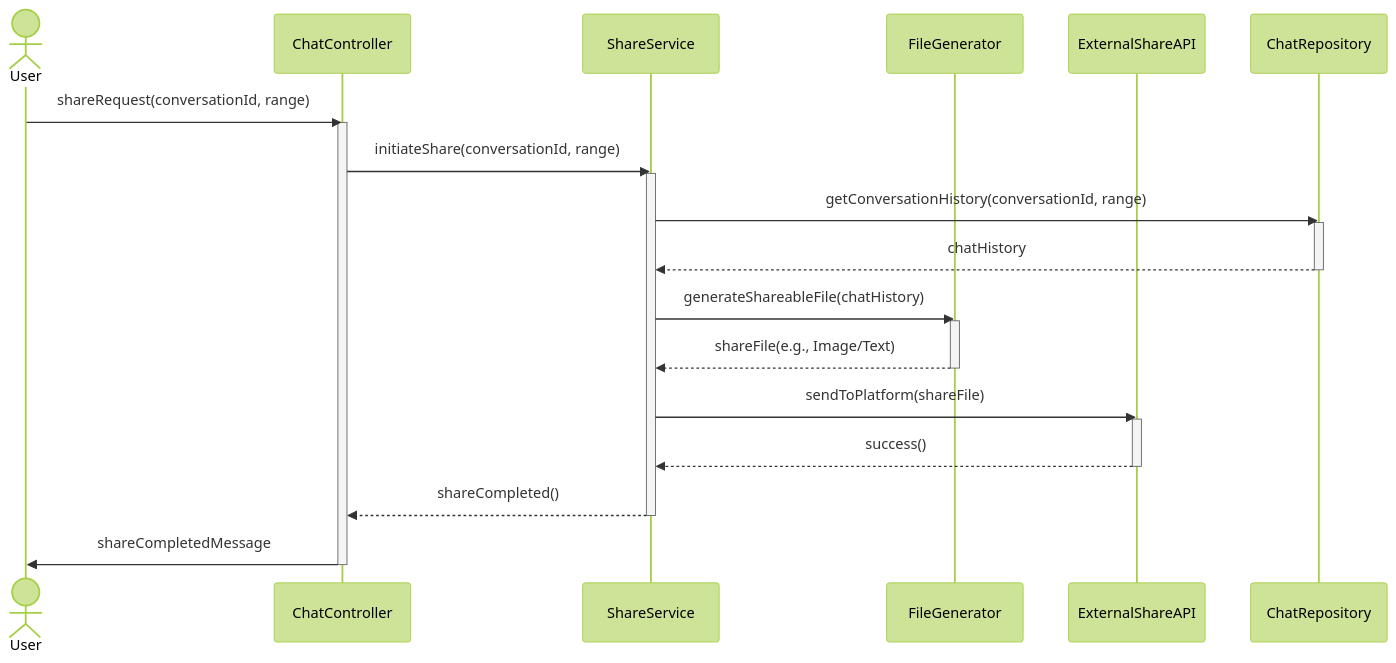
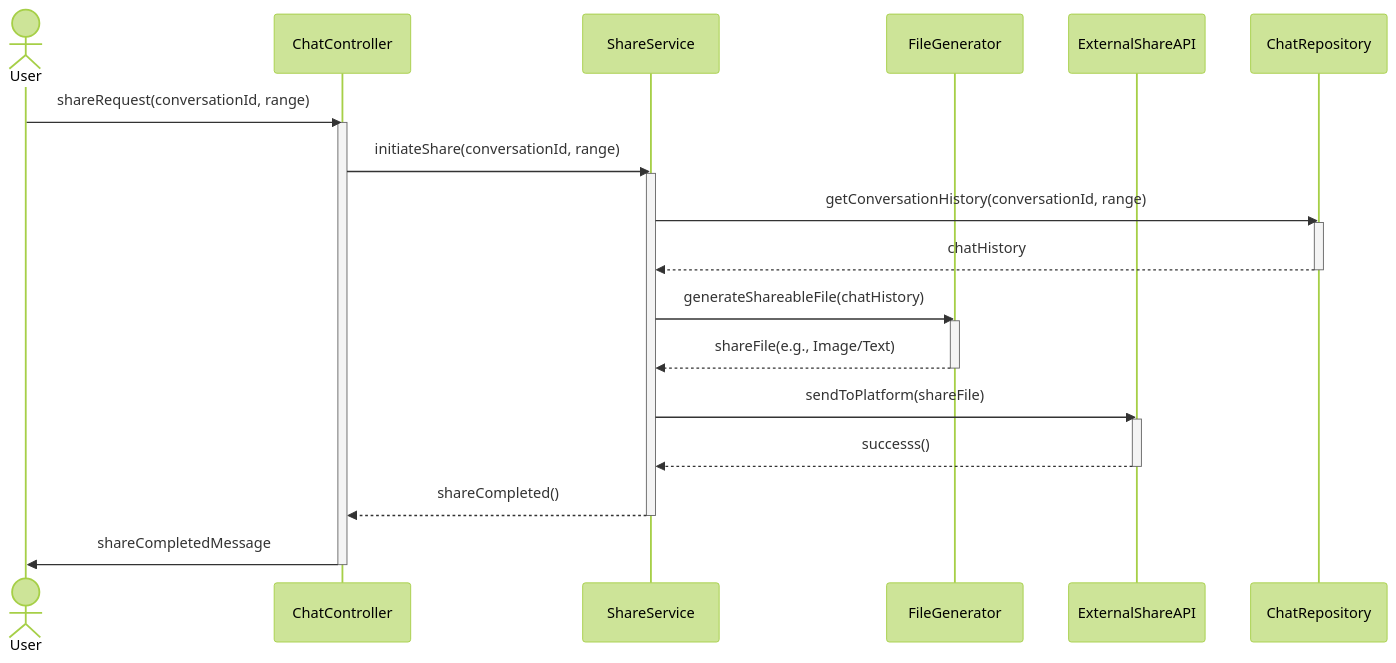
Diagram 21 of 29 in 문서/SDS/SDS_[Alphabot]_4_SequenceDiagram.md (YoungMin33/AlphaBot), drawn with Mermaid (forest theme) before and after one commit.

Commit message:
SDS Sequence 문서 4번 update

````diff
--- a/문서/SDS/SDS_[Alphabot]_4_SequenceDiagram.md
+++ b/문서/SDS/SDS_[Alphabot]_4_SequenceDiagram.md
@@ -833,36 +833,37 @@
 ```mermaid
 sequenceDiagram
     actor User
     participant ChatController
     participant ShareService
     participant FileGenerator
     participant ExternalShareAPI
     participant ChatRepository
     
     User->>ChatController: shareRequest(conversationId, range)
     activate ChatController
     
     ChatController->>ShareService: initiateShare(conversationId, range)
     activate ShareService
     
     ShareService->>ChatRepository: getConversationHistory(conversationId, range)
     activate ChatRepository
     ChatRepository-->>ShareService: chatHistory
     deactivate ChatRepository
     
     ShareService->>FileGenerator: generateShareableFile(chatHistory)
     activate FileGenerator
     FileGenerator-->>ShareService: shareFile(e.g., Image/Text)
     deactivate FileGenerator
     
     ShareService->>ExternalShareAPI: sendToPlatform(shareFile)
     activate ExternalShareAPI
-    ExternalShareAPI-->>ShareService: success()
+    ExternalShareAPI-->>ShareService: successs()
     deactivate ExternalShareAPI
     
     ShareService-->>ChatController: shareCompleted()
     deactivate ShareService
     
     ChatController->>User: shareCompletedMessage
-    deactivate ChatController
+    deactivate ChatController 
+
 ```
````
